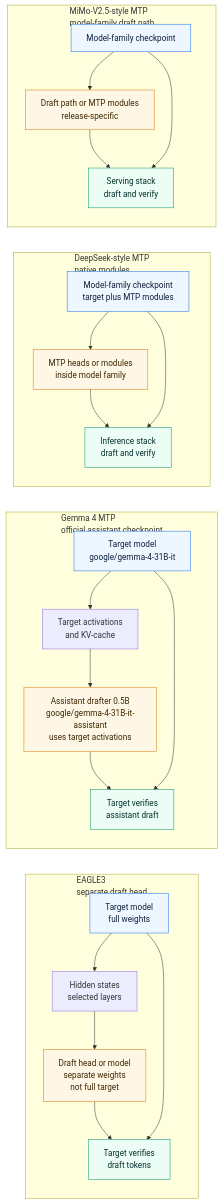
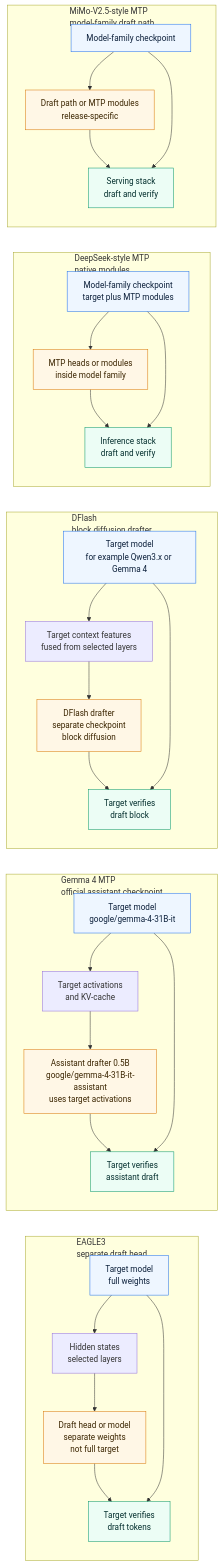
Before and after one commit to david-xinyuwei/david-share: the second of 3 diagrams in Deep-Learning/Speculative-Decoding-EAGLE3/README.md, drawn with Mermaid. The commit also changed other lines of this file and 13 other files, not shown here.

````diff
--- a/Deep-Learning/Speculative-Decoding-EAGLE3/README.md
+++ b/Deep-Learning/Speculative-Decoding-EAGLE3/README.md
@@ -212,49 +214,60 @@
 ```mermaid
 flowchart LR
   subgraph E3["EAGLE3<br/>separate draft head"]
     E3T["Target model<br/>full weights"]
     E3H["Hidden states<br/>selected layers"]
     E3D["Draft head or model<br/>separate weights<br/>not full target"]
     E3V["Target verifies<br/>draft tokens"]
     E3T --> E3H
     E3H --> E3D
     E3D --> E3V
     E3T --> E3V
   end
 
   subgraph G4["Gemma 4 MTP<br/>official assistant checkpoint"]
     G4T["Target model<br/>google/gemma-4-31B-it"]
     G4A["Target activations<br/>and KV-cache"]
     G4D["Assistant drafter 0.5B<br/>google/gemma-4-31B-it-assistant<br/>uses target activations"]
     G4V["Target verifies<br/>assistant draft"]
     G4T --> G4A
     G4A --> G4D
     G4D --> G4V
     G4T --> G4V
   end
 
+  subgraph DF["DFlash<br/>block diffusion drafter"]
+    DFT["Target model<br/>for example Qwen3.x or Gemma 4"]
+    DFF["Target context features<br/>fused from selected layers"]
+    DFD["DFlash drafter<br/>separate checkpoint<br/>block diffusion"]
+    DFV["Target verifies<br/>draft block"]
+    DFT --> DFF
+    DFF --> DFD
+    DFD --> DFV
+    DFT --> DFV
+  end
+
   subgraph DS["DeepSeek-style MTP<br/>native modules"]
     DST["Model-family checkpoint<br/>target plus MTP modules"]
     DSH["MTP heads or modules<br/>inside model family"]
     DSV["Inference stack<br/>draft and verify"]
     DST --> DSH
     DSH --> DSV
     DST --> DSV
   end
 
   subgraph MM["MiMo-V2.5-style MTP<br/>model-family draft path"]
     MMT["Model-family checkpoint"]
     MMD["Draft path or MTP modules<br/>release-specific"]
     MMV["Serving stack<br/>draft and verify"]
     MMT --> MMD
     MMD --> MMV
     MMT --> MMV
   end
 
   classDef target fill:#eef6ff,stroke:#1f6feb,color:#0b1f3a
   classDef drafter fill:#fff7e6,stroke:#d97706,color:#3b2500
   classDef verify fill:#ecfdf5,stroke:#059669,color:#042f2e
-  class E3T,G4T,DST,MMT target
-  class E3D,G4D,DSH,MMD drafter
-  class E3V,G4V,DSV,MMV verify
+  class E3T,G4T,DFT,DST,MMT target
+  class E3D,G4D,DFD,DSH,MMD drafter
+  class E3V,G4V,DFV,DSV,MMV verify
 ```
````
